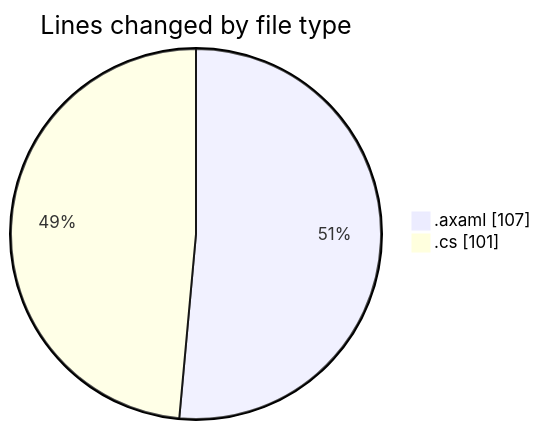
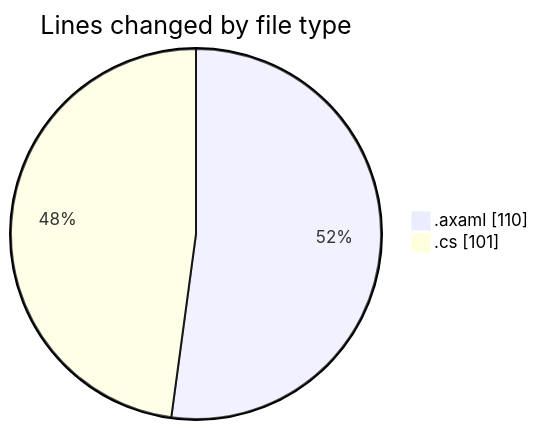
Before and after one commit to Netris89/code-tracking: the first of 2 diagrams in 2025-10-29/skintrack/README.md, drawn with Mermaid. The commit also changed other lines of this file and 1 other file, not shown here.

````diff
--- a/2025-10-29/skintrack/README.md
+++ b/2025-10-29/skintrack/README.md
@@ -25,6 +25,6 @@
 ```mermaid
 pie showData
 title Lines changed by file type
-".axaml" : 107
+".axaml" : 110
 ".cs" : 101
 ```
````
